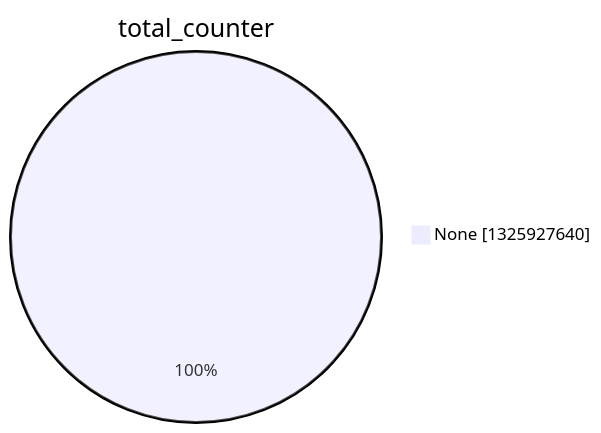
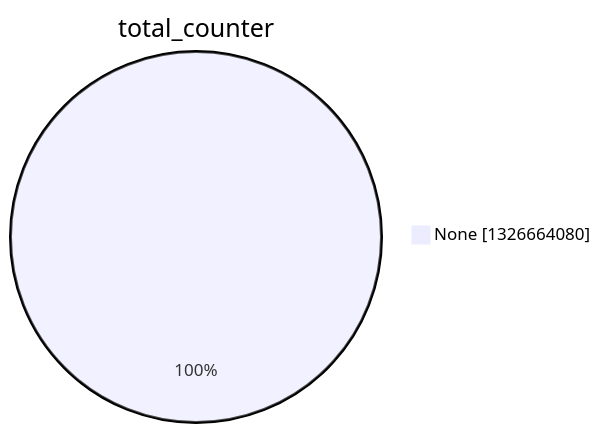
One commit to christiankrug/ctmonitor_visualization changed the second of 15 diagrams in argon2022/README.md. Above: the diagram before and after it, drawn with Mermaid. The commit also changed other lines of this file, not shown here.

````diff
--- a/argon2022/README.md
+++ b/argon2022/README.md
@@ -9,5 +9,5 @@
 ```mermaid
 pie showData
 title total_counter
-"None" :1325927640
+"None" :1326664080
 ```
````
